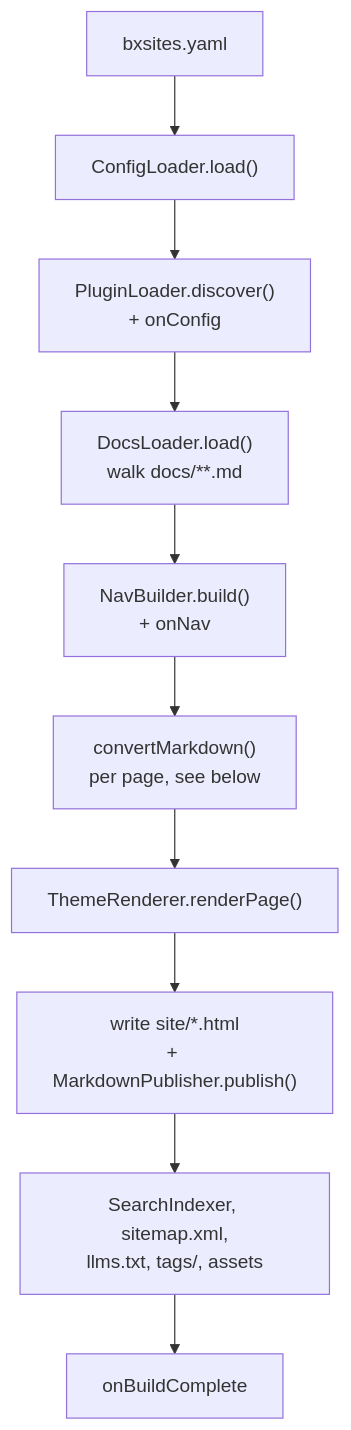
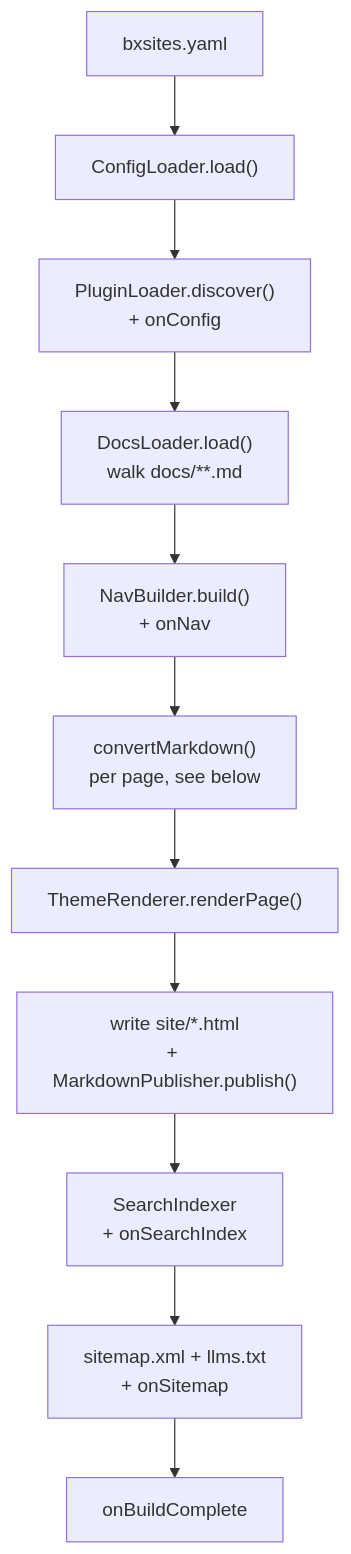
One commit to ortus-boxlang/bx-sites changed the first of 2 diagrams in MODULE_SPEC.md. Above: the diagram before and after it, drawn with Mermaid. The commit also changed other lines of this file and 5 other files, not shown here.

````diff
--- a/MODULE_SPEC.md
+++ b/MODULE_SPEC.md
@@ -99,12 +99,13 @@
 ```mermaid
 flowchart TD
     A["bxsites.yaml"] --> B["ConfigLoader.load()"]
     B --> C["PluginLoader.discover()\n+ onConfig"]
     C --> D["DocsLoader.load()\nwalk docs/**.md"]
     D --> E["NavBuilder.build()\n+ onNav"]
     E --> F["convertMarkdown()\nper page, see below"]
     F --> G["ThemeRenderer.renderPage()"]
     G --> H["write site/*.html\n+ MarkdownPublisher.publish()"]
-    H --> I["SearchIndexer, sitemap.xml,\nllms.txt, tags/, assets"]
-    I --> J["onBuildComplete"]
+    H --> I["SearchIndexer\n+ onSearchIndex"]
+    I --> I2["sitemap.xml + llms.txt\n+ onSitemap"]
+    I2 --> J["onBuildComplete"]
 ```
````
